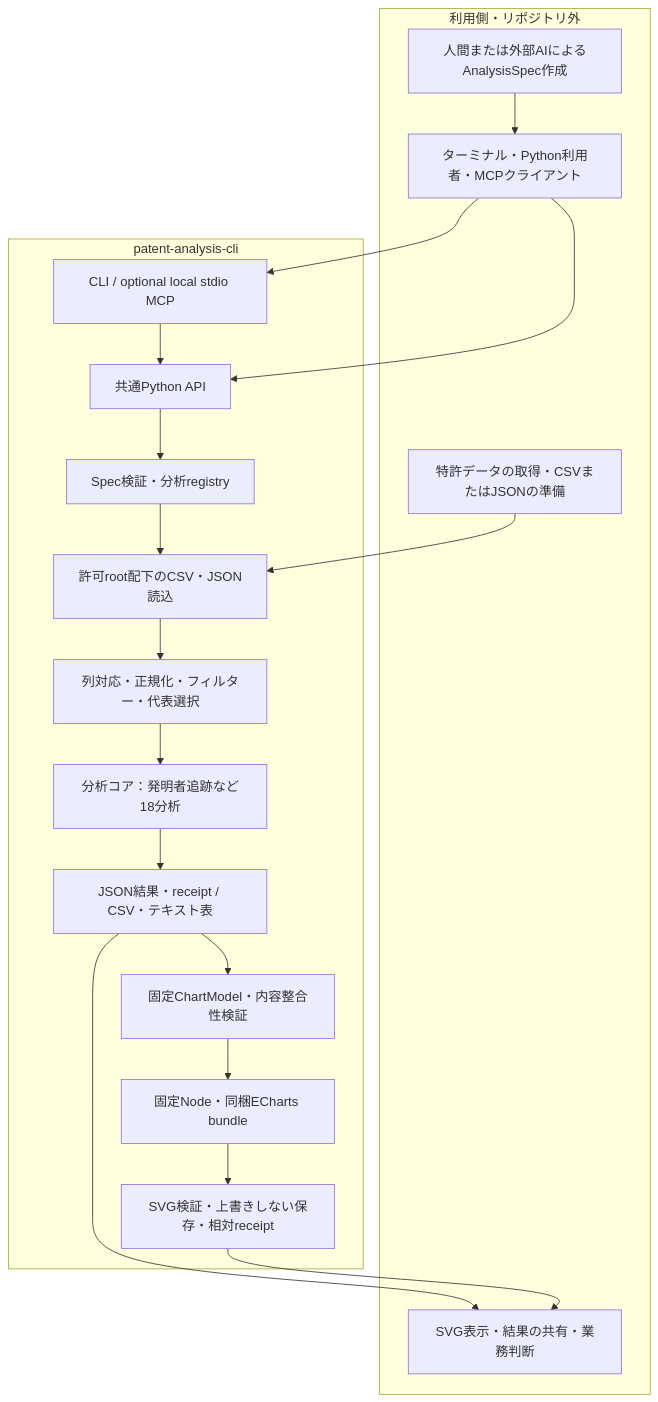
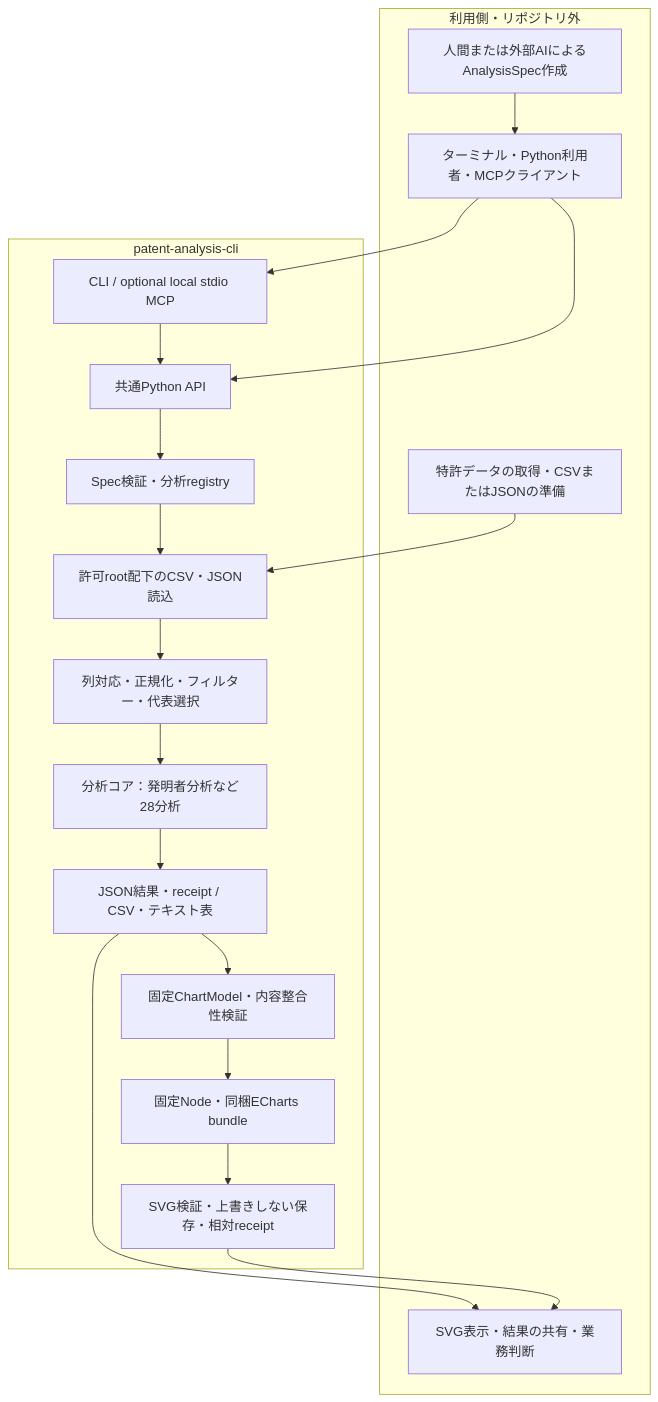
Before and after one commit to Nagi-Inaba/patent-analysis-cli: the first of 3 diagrams in README.md, drawn with Mermaid. The commit also changed other lines of this file and 157 other files, not shown here.

````diff
--- a/README.md
+++ b/README.md
@@ -175,28 +177,28 @@
 ```mermaid
 flowchart TB
     subgraph caller[利用側・リポジトリ外]
         collect[特許データの取得・CSVまたはJSONの準備]
         spec[人間または外部AIによるAnalysisSpec作成]
         client[ターミナル・Python利用者・MCPクライアント]
         use[SVG表示・結果の共有・業務判断]
     end
     subgraph product[patent-analysis-cli]
         adapters[CLI / optional local stdio MCP]
         api[共通Python API]
         validate[Spec検証・分析registry]
         input[許可root配下のCSV・JSON読込]
         population[列対応・正規化・フィルター・代表選択]
-        analysis[分析コア：発明者追跡など18分析]
+        analysis[分析コア：発明者分析など28分析]
         result[JSON結果・receipt / CSV・テキスト表]
         model[固定ChartModel・内容整合性検証]
         runtime[固定Node・同梱ECharts bundle]
         svg[SVG検証・上書きしない保存・相対receipt]
     end
     collect --> input
     spec --> client
     client --> adapters --> api
     client --> api
     api --> validate --> input --> population --> analysis --> result
     result --> use
     result --> model --> runtime --> svg --> use
 ```
````
